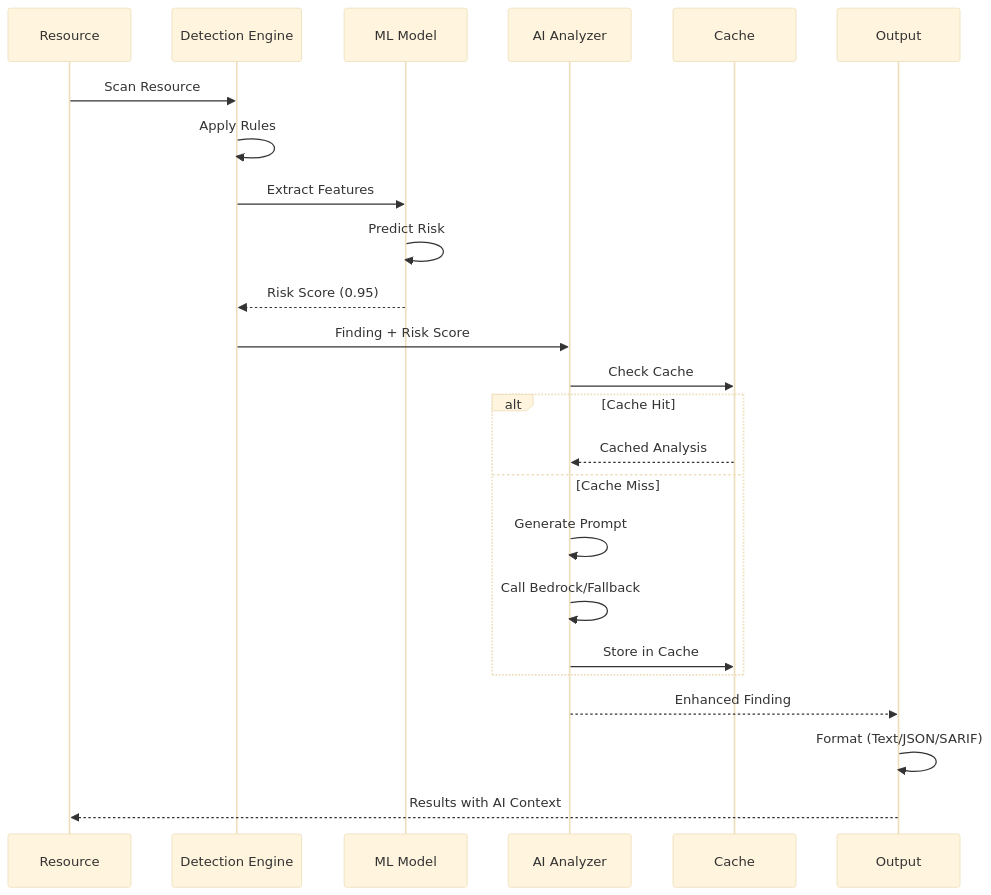
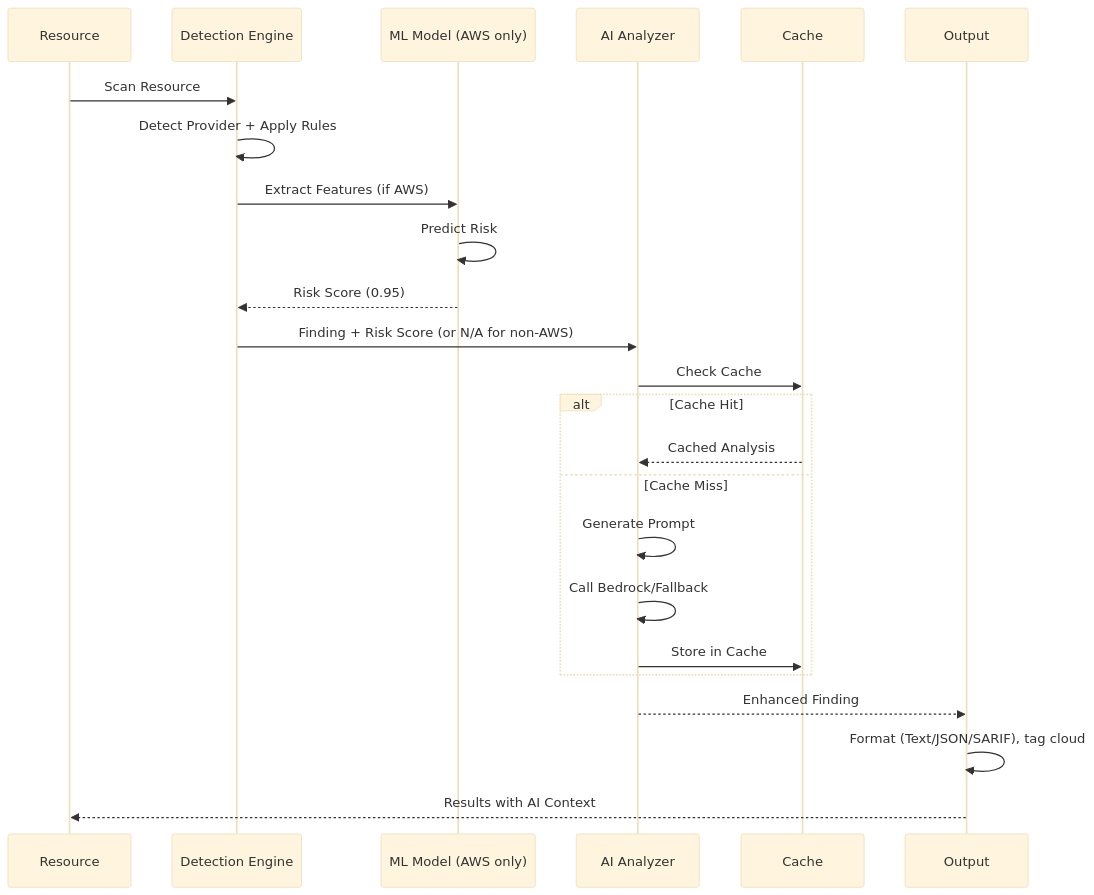
One commit to JashwanthMU/TerraSecure changed the third of 4 diagrams in README.md. Above: the diagram before and after it, drawn with Mermaid (base theme). The commit also changed other lines of this file and 1 other file, not shown here.

Commit message:
Update README for honest multi-cloud coverage and ML accuracy reporting; ignore scan output artifacts

````diff
--- a/README.md
+++ b/README.md
@@ -299,30 +324,30 @@
 ```mermaid
 sequenceDiagram
     participant R as Resource
     participant D as Detection Engine
-    participant M as ML Model
+    participant M as ML Model (AWS only)
     participant A as AI Analyzer
     participant C as Cache
     participant O as Output
 
     R->>D: Scan Resource
-    D->>D: Apply Rules
-    D->>M: Extract Features
+    D->>D: Detect Provider + Apply Rules
+    D->>M: Extract Features (if AWS)
     M->>M: Predict Risk
     M-->>D: Risk Score (0.95)
     
-    D->>A: Finding + Risk Score
+    D->>A: Finding + Risk Score (or N/A for non-AWS)
     A->>C: Check Cache
     
     alt Cache Hit
         C-->>A: Cached Analysis
     else Cache Miss
         A->>A: Generate Prompt
         A->>A: Call Bedrock/Fallback
         A->>C: Store in Cache
     end
     
     A-->>O: Enhanced Finding
-    O->>O: Format (Text/JSON/SARIF)
+    O->>O: Format (Text/JSON/SARIF), tag cloud
     O-->>R: Results with AI Context
 ```
````
